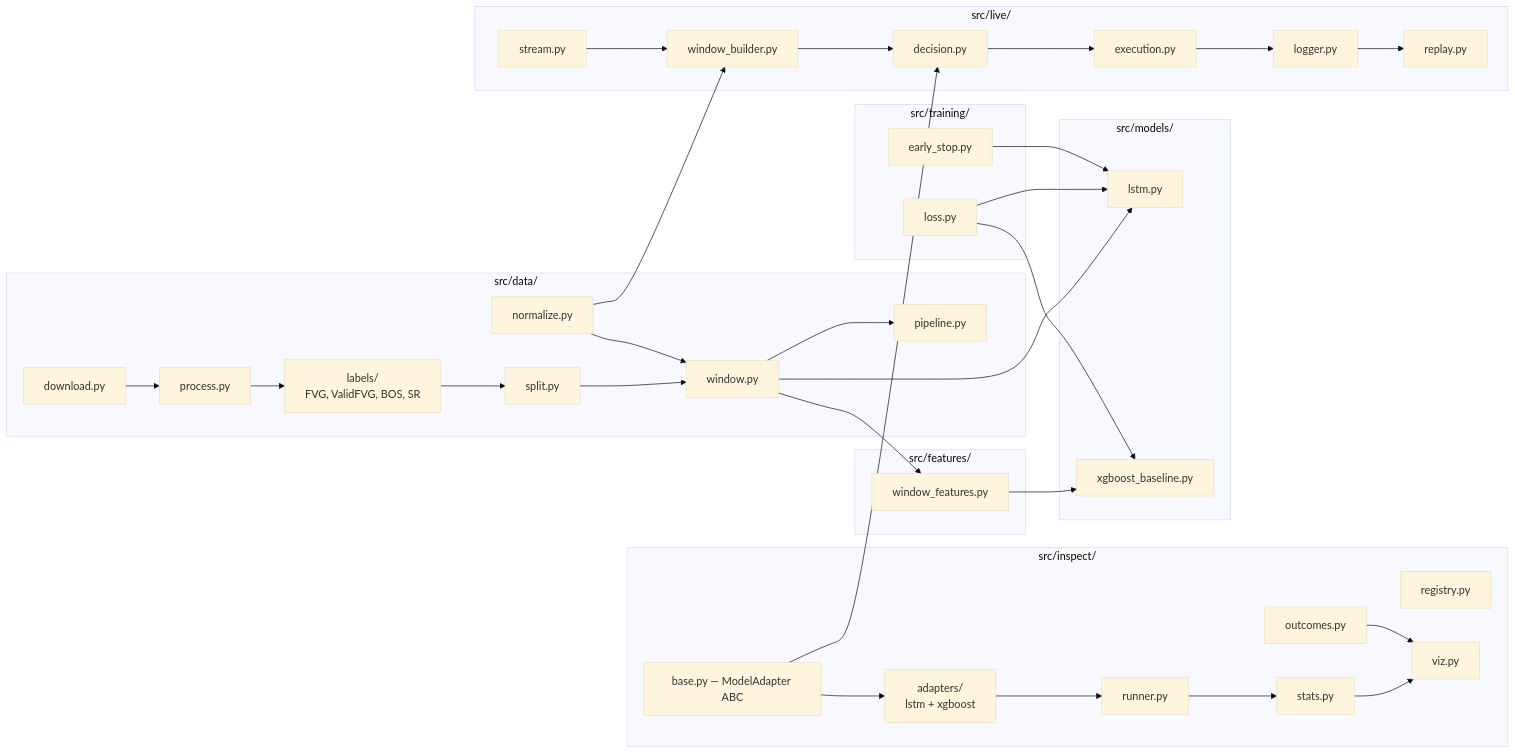
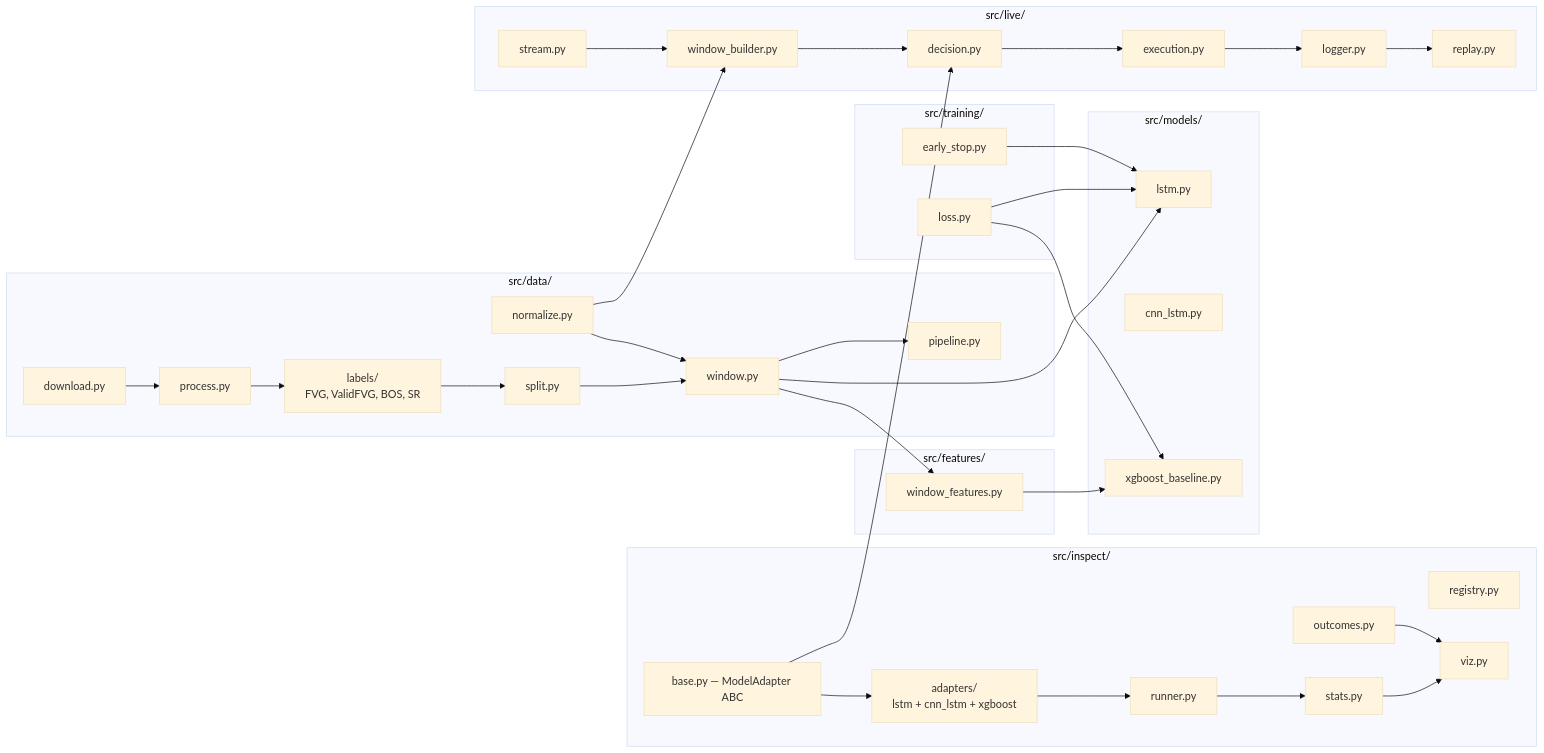
Before and after one commit to nbaburov/fvg-zone-detection: the first of 3 diagrams in docs/architecture.md, drawn with Mermaid (base theme). The commit also changed other lines of this file and 12 other files, not shown here.

First line of the commit message:
chore: post-sprint polish — cnn_lstm squeeze, docs sync, cleanup

````diff
--- a/docs/architecture.md
+++ b/docs/architecture.md
@@ -118,62 +133,63 @@
 ```mermaid
 flowchart LR
     subgraph DATA["src/data/"]
         DL[download.py]
         PR[process.py]
         LB["labels/<br/>FVG, ValidFVG, BOS, SR"]
         SP[split.py]
         WD[window.py]
         NM[normalize.py]
         PL[pipeline.py]
     end
 
     subgraph FEAT["src/features/"]
         WF[window_features.py]
     end
 
     subgraph MOD["src/models/"]
         LS[lstm.py]
+        CL[cnn_lstm.py]
         XB[xgboost_baseline.py]
     end
 
     subgraph TR["src/training/"]
         LO[loss.py]
         ES[early_stop.py]
     end
 
     subgraph INS["src/inspect/"]
         BA[base.py — ModelAdapter ABC]
         RG[registry.py]
         RN[runner.py]
         ST[stats.py]
         OC[outcomes.py]
         VZ[viz.py]
-        AD["adapters/<br/>lstm + xgboost"]
+        AD["adapters/<br/>lstm + cnn_lstm + xgboost"]
     end
 
     subgraph LIV["src/live/"]
         SM[stream.py]
         WB[window_builder.py]
         DC[decision.py]
         EX[execution.py]
         LG[logger.py]
         RP[replay.py]
     end
 
     DL --> PR --> LB --> SP --> WD --> PL
     NM --> WD
     NM --> WB
     WD --> WF
     WF --> XB
     WD --> LS
     LO --> LS
     LO --> XB
     ES --> LS
     BA --> AD
     AD --> RN
     RN --> ST --> VZ
     OC --> VZ
     BA --> DC
     SM --> WB --> DC --> EX --> LG
     LG --> RP
 ```
````
